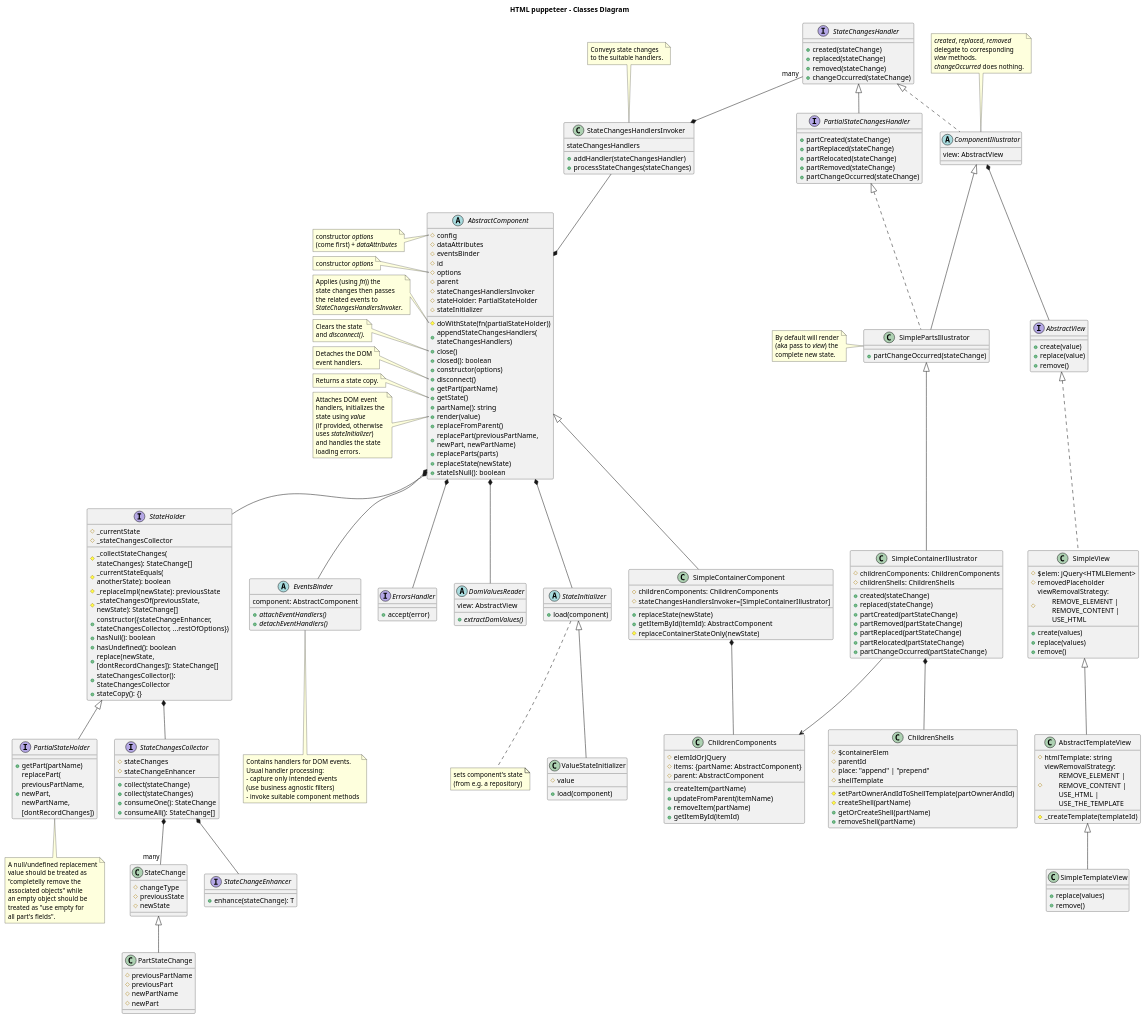
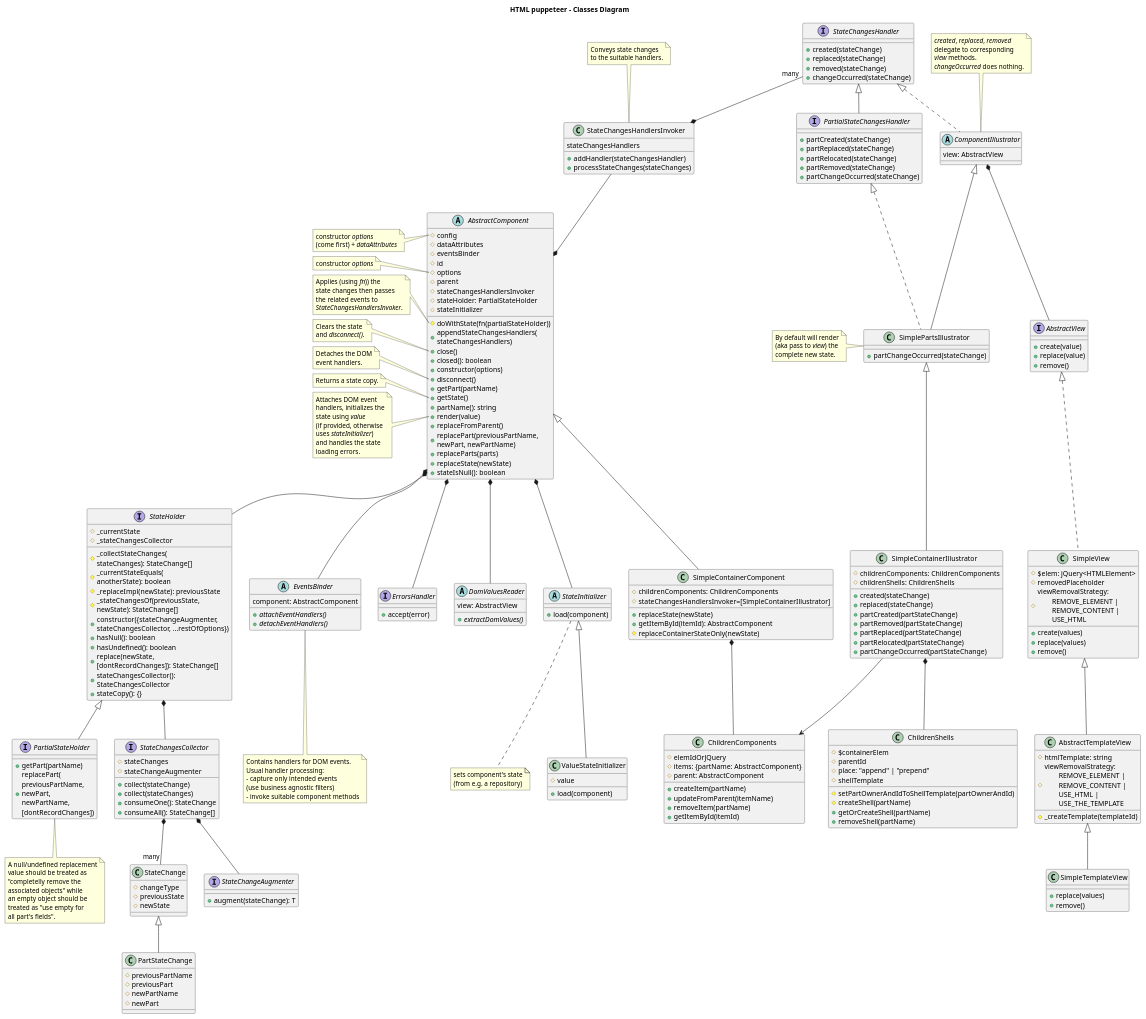
One commit to adrhc/html-puppeteer changed the diagram in design/classes-diagram.puml. Above: the diagram before and after it, drawn with PlantUML. The commit also changed 5 other files, not shown here.

Commit message:
enhance -> augment

```diff
--- a/design/classes-diagram.puml
+++ b/design/classes-diagram.puml
@@ -195,14 +195,14 @@
 #newPart
 }
 
-'interface StateChangeEnhancer<T extends StateChange> {
-interface StateChangeEnhancer {
-+enhance(stateChange): T
+'interface StateChangeAugmenter<T extends StateChange> {
+interface StateChangeAugmenter {
++augment(stateChange): T
 }
 
 interface StateChangesCollector {
 #stateChanges
-#stateChangeEnhancer
+#stateChangeAugmenter
 +collect(stateChange)
 +collect(stateChanges)
 +consumeOne(): StateChange
@@ -216,7 +216,7 @@
 #_currentStateEquals(\nanotherState): boolean
 #_replaceImpl(newState): previousState
 #_stateChangesOf(previousState,\nnewState): StateChange[]
-+constructor({stateChangeEnhancer,\nstateChangesCollector, ...restOfOptions})
++constructor({stateChangeAugmenter,\nstateChangesCollector, ...restOfOptions})
 +hasNull(): boolean
 +hasUndefined(): boolean
 +replace(newState,\n[dontRecordChanges]): StateChange[]
@@ -434,6 +434,6 @@
 ComponentIllustrator *-- AbstractView
 StateHolder *-- StateChangesCollector
 StateChangesCollector *-- "many" StateChange
-StateChangesCollector *-- StateChangeEnhancer
+StateChangesCollector *-- StateChangeAugmenter
 
 @enduml
```
